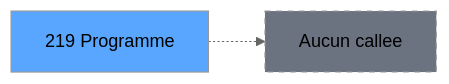
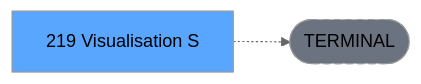
One commit to thonyAGP/lecteur-magic changed the third of 3 diagrams in .openspec/specs/ADH-IDE-219.md. Above: the diagram before and after it, drawn with Mermaid (neutral theme). The commit also changed other lines of this file and 701 other files, not shown here.

````diff
--- a/.openspec/specs/ADH-IDE-219.md
+++ b/.openspec/specs/ADH-IDE-219.md
@@ -124,8 +135,8 @@
 ```mermaid
 graph LR
-    T[219 Programme]
-    NONE[Aucun callee]
-    T -.-> NONE
+    T[219 Visualisation S]
+    TERM([TERMINAL])
+    T -.-> TERM
+    style TERM fill:#6b7280,stroke-dasharray: 5 5
     style T fill:#58a6ff,color:#000
-    style NONE fill:#6b7280,stroke-dasharray: 5 5
 ```
````
